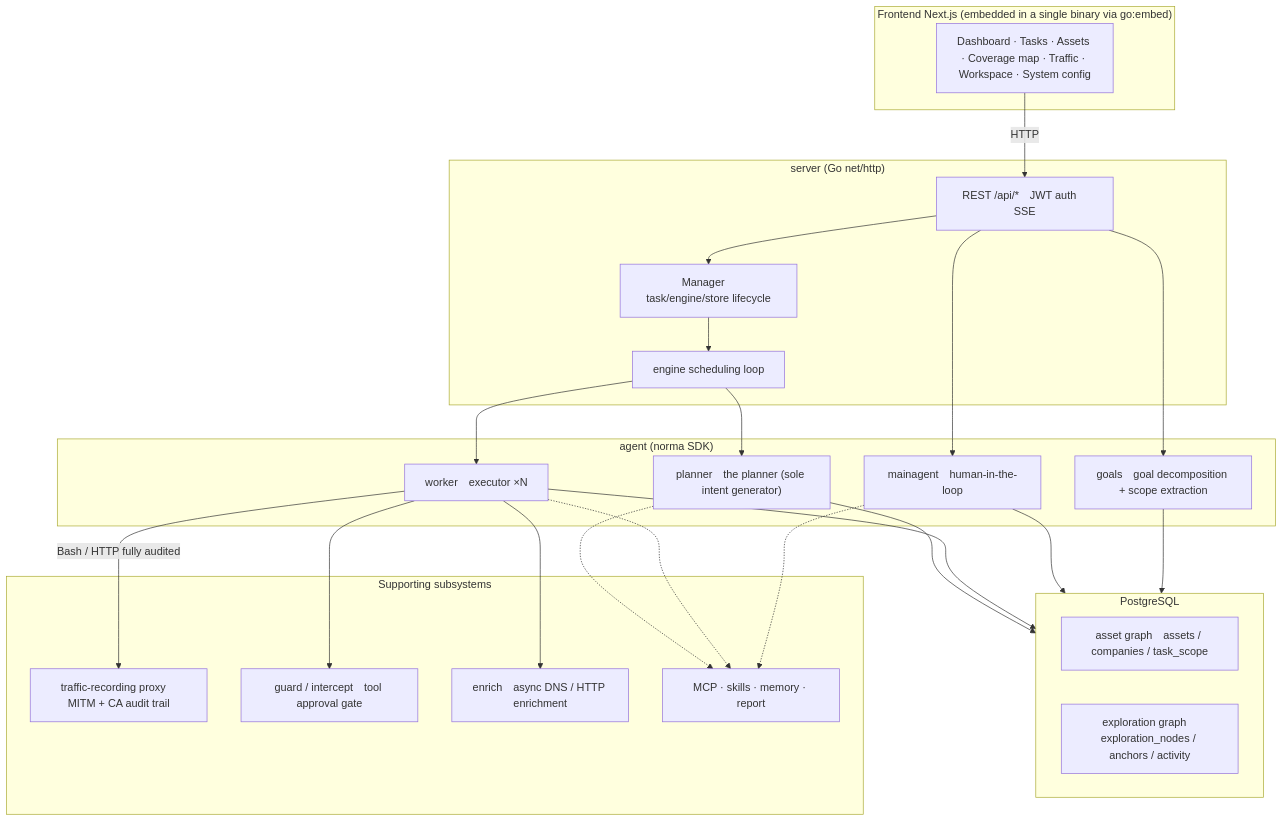
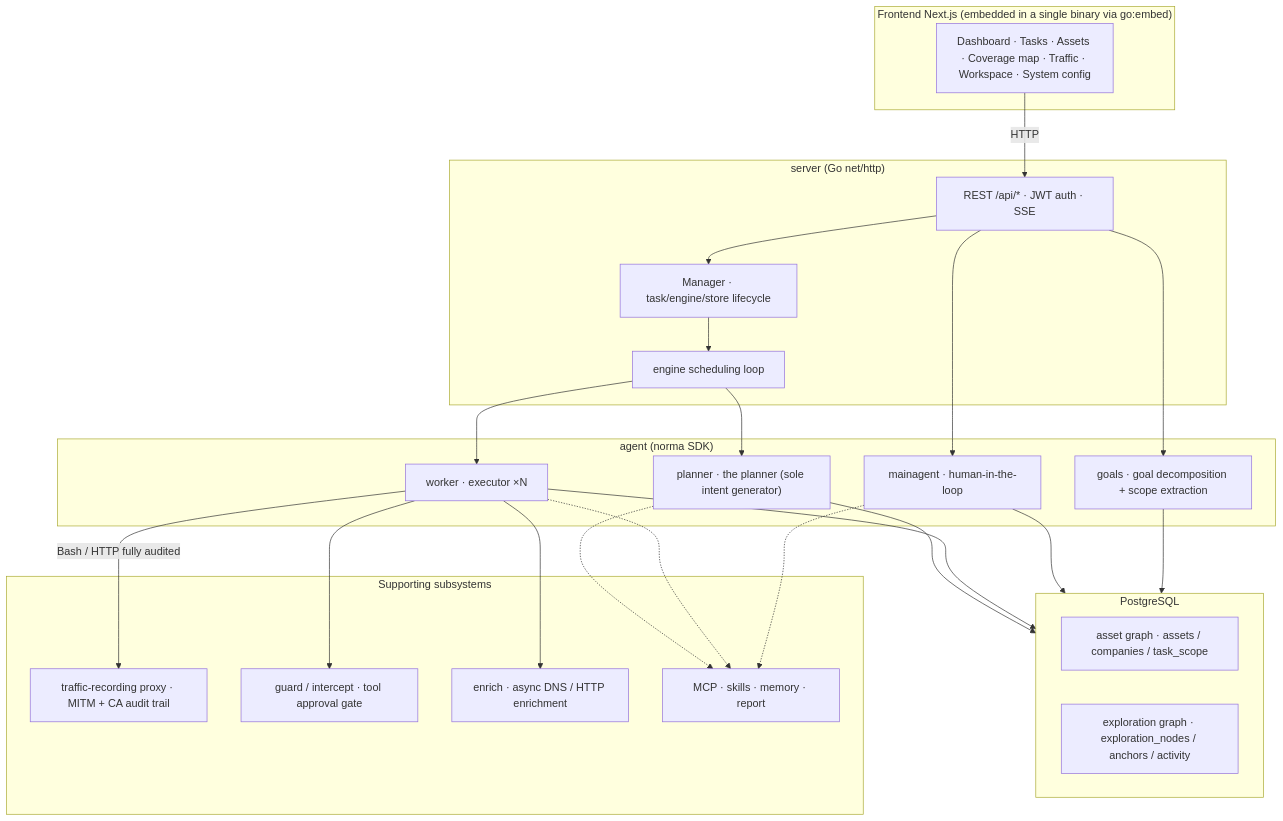
Before and after one commit to Hemalv02/ARTEX: the first of 5 diagrams in README.md, drawn with Mermaid. The commit also changed other lines of this file and 137 other files, not shown here.

````diff
--- a/README.md
+++ b/README.md
@@ -304,44 +304,44 @@
 ```mermaid
 flowchart TB
   subgraph FE["Frontend Next.js (embedded in a single binary via go:embed)"]
     UI["Dashboard · Tasks · Assets · Coverage map · Traffic · Workspace · System config"]
   end
   subgraph SRV["server (Go net/http)"]
-    API["REST /api/*　JWT auth　SSE"]
+    API["REST /api/* · JWT auth · SSE"]
     ENG["engine scheduling loop"]
-    MGR["Manager　task/engine/store lifecycle"]
+    MGR["Manager · task/engine/store lifecycle"]
   end
   subgraph AG["agent (norma SDK)"]
-    GO["goals　goal decomposition + scope extraction"]
-    PL["planner　the planner (sole intent generator)"]
-    WK["worker　executor ×N"]
-    MA["mainagent　human-in-the-loop"]
+    GO["goals · goal decomposition + scope extraction"]
+    PL["planner · the planner (sole intent generator)"]
+    WK["worker · executor ×N"]
+    MA["mainagent · human-in-the-loop"]
   end
   subgraph DB["PostgreSQL"]
-    AGRAPH["asset graph　assets / companies / task_scope"]
-    EGRAPH["exploration graph　exploration_nodes / anchors / activity"]
+    AGRAPH["asset graph · assets / companies / task_scope"]
+    EGRAPH["exploration graph · exploration_nodes / anchors / activity"]
   end
   subgraph SUB["Supporting subsystems"]
-    PROXY["traffic-recording proxy　MITM + CA audit trail"]
-    GUARD["guard / intercept　tool approval gate"]
-    ENR["enrich　async DNS / HTTP enrichment"]
+    PROXY["traffic-recording proxy · MITM + CA audit trail"]
+    GUARD["guard / intercept · tool approval gate"]
+    ENR["enrich · async DNS / HTTP enrichment"]
     EXT["MCP · skills · memory · report"]
   end
 
   UI -->|HTTP| API
   API --> MGR --> ENG
   ENG --> PL
   ENG --> WK
   API --> MA
   API --> GO
   PL --> DB
   WK --> DB
   MA --> DB
   GO --> DB
   WK -->|"Bash / HTTP fully audited"| PROXY
   WK --> GUARD
   WK --> ENR
   PL -.-> EXT
   WK -.-> EXT
   MA -.-> EXT
 ```
````
